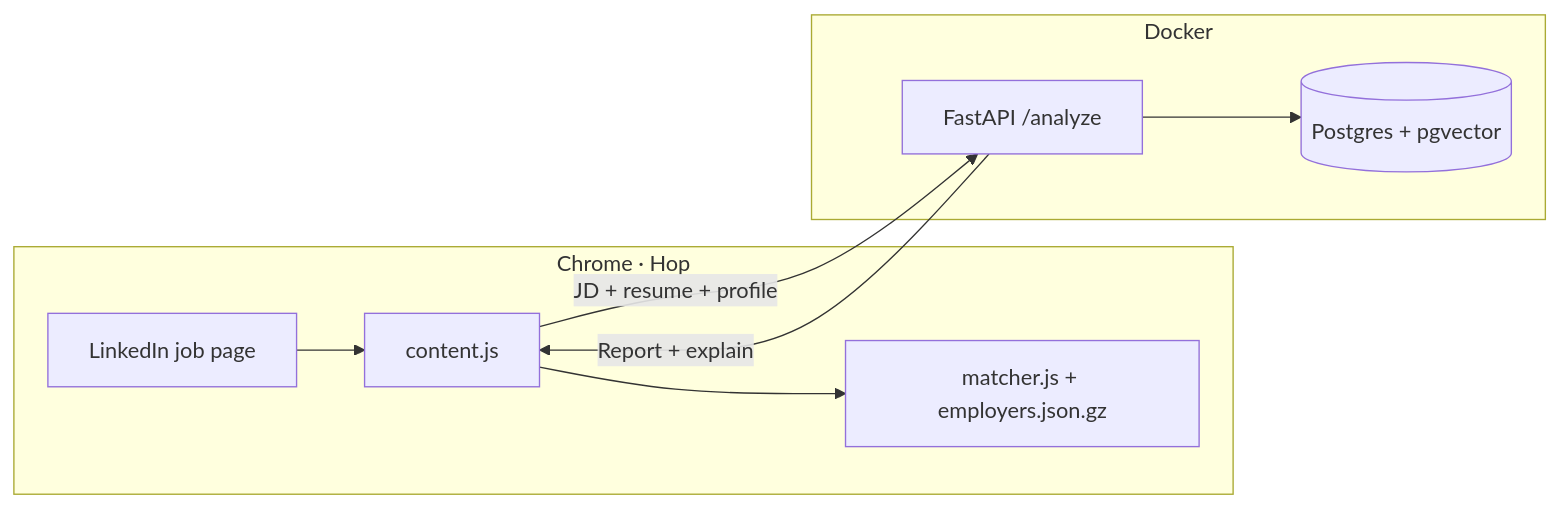
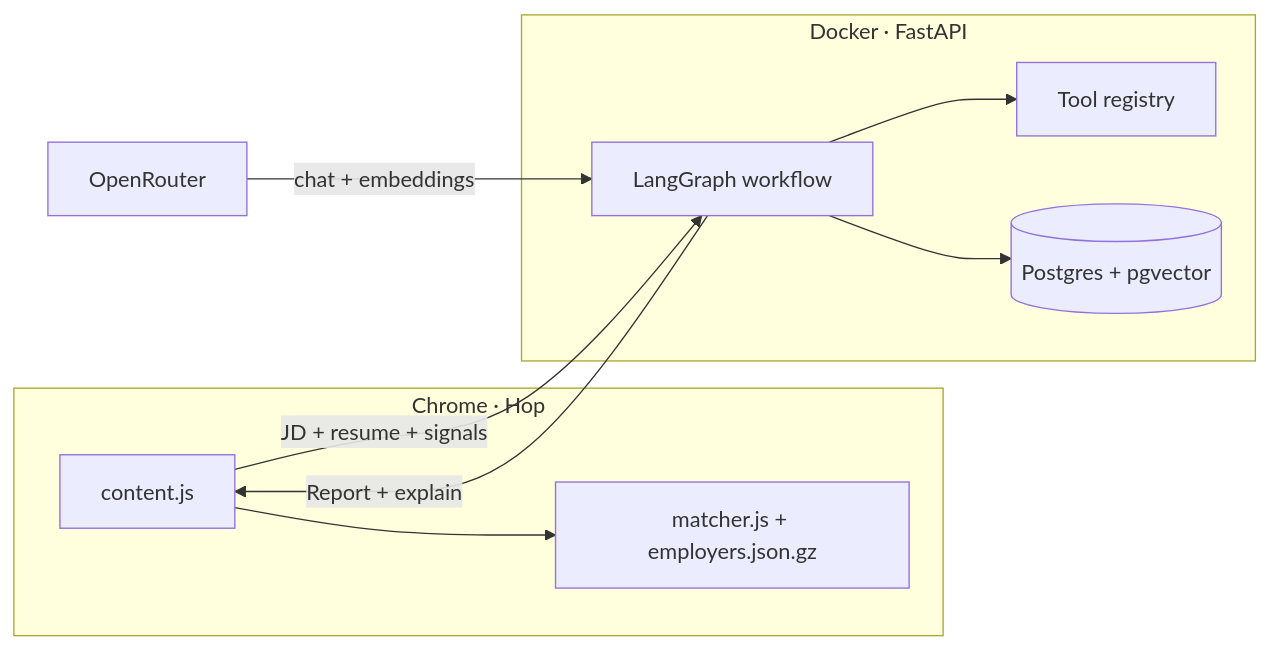
Before and after one commit to nicole732470/joblens: the second of 2 diagrams in README.md, drawn with Mermaid. The commit also changed other lines of this file and 1 other file, not shown here.

First line of the commit message:
docs: rewrite README with vector vs LLM model and roadmap status

````diff
--- a/README.md
+++ b/README.md
@@ -60,19 +139,20 @@
 ```mermaid
 flowchart LR
   subgraph browser["Chrome · Hop"]
-    LI[LinkedIn job page]
     EXT[content.js]
     MAT[matcher.js + employers.json.gz]
-    LI --> EXT
     EXT --> MAT
   end
 
-  subgraph server["Docker"]
-    API[FastAPI /analyze]
+  subgraph server["Docker · FastAPI"]
+    LG[LangGraph workflow]
+    TOOLS[Tool registry]
+    LG --> TOOLS
     PG[(Postgres + pgvector)]
-    API --> PG
+    LG --> PG
   end
 
-  EXT -->|JD + resume + profile| API
-  API -->|Report + explain| EXT
+  EXT -->|JD + resume + signals| LG
+  LG -->|Report + explain| EXT
+  OR[OpenRouter] -->|chat + embeddings| LG
 ```
````
